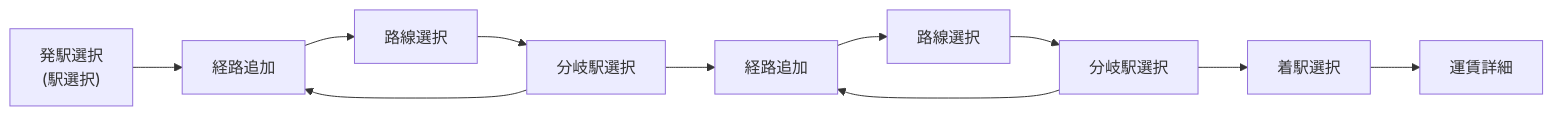
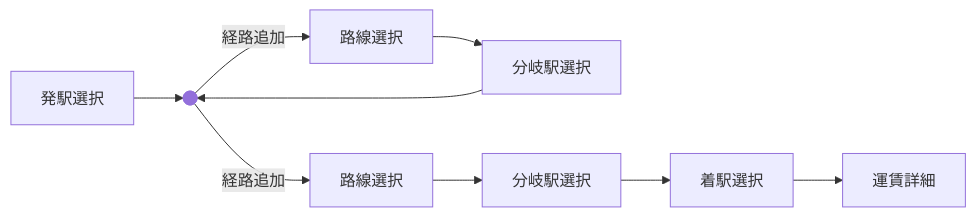
One commit to farert/farert-pwa changed the first of 2 diagrams in specs/help-screen.md. Above: the diagram before and after it, drawn with Mermaid. The commit also changed other lines of this file and 2 other files, not shown here.

Commit message:
docs: sync help flow diagrams with updated mermaid
Update the help screen SVG flow diagrams to match the revised spec.
Add coverage for the new branch point and shortest-route flow labels.
Format the related help spec and test files.

````diff
--- a/specs/help-screen.md
+++ b/specs/help-screen.md
@@ -29,14 +32,9 @@
 ```mermaid
   flowchart LR
-    A["発駅選択<br/>(駅選択)"] --> B["経路追加"]
-    B --> C["路線選択"]
-    C --> D["分岐駅選択"]
-    D --> B
-
-    D --> E["経路追加"]
-    E --> F["路線選択"]
-    F --> G["分岐駅選択"]
-    G --> E
-    G --> H["着駅選択"]
-    H --> I["運賃詳細"]
+  DOT1@{ shape: f-circ, label: "メイン画面" }
+  begin[発駅選択] --> DOT1
+  DOT1 --経路追加 --> a[路線選択] --> b[分岐駅選択]
+  b --> DOT1
+  DOT1 --経路追加 --> c[路線選択] --> d[分岐駅選択] --> e[着駅選択]
+  e -->  z[運賃詳細]
 ```
````
